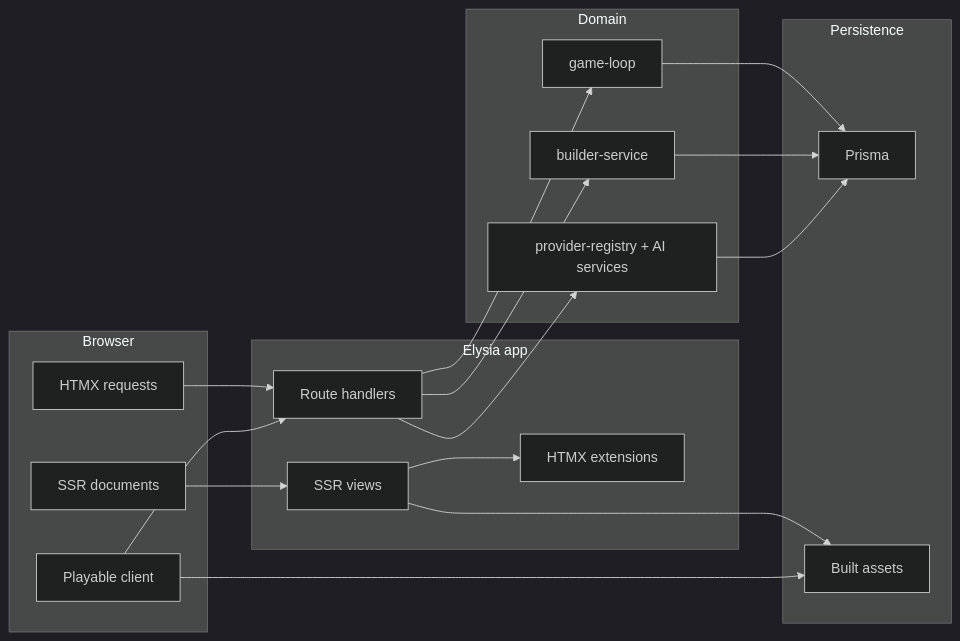
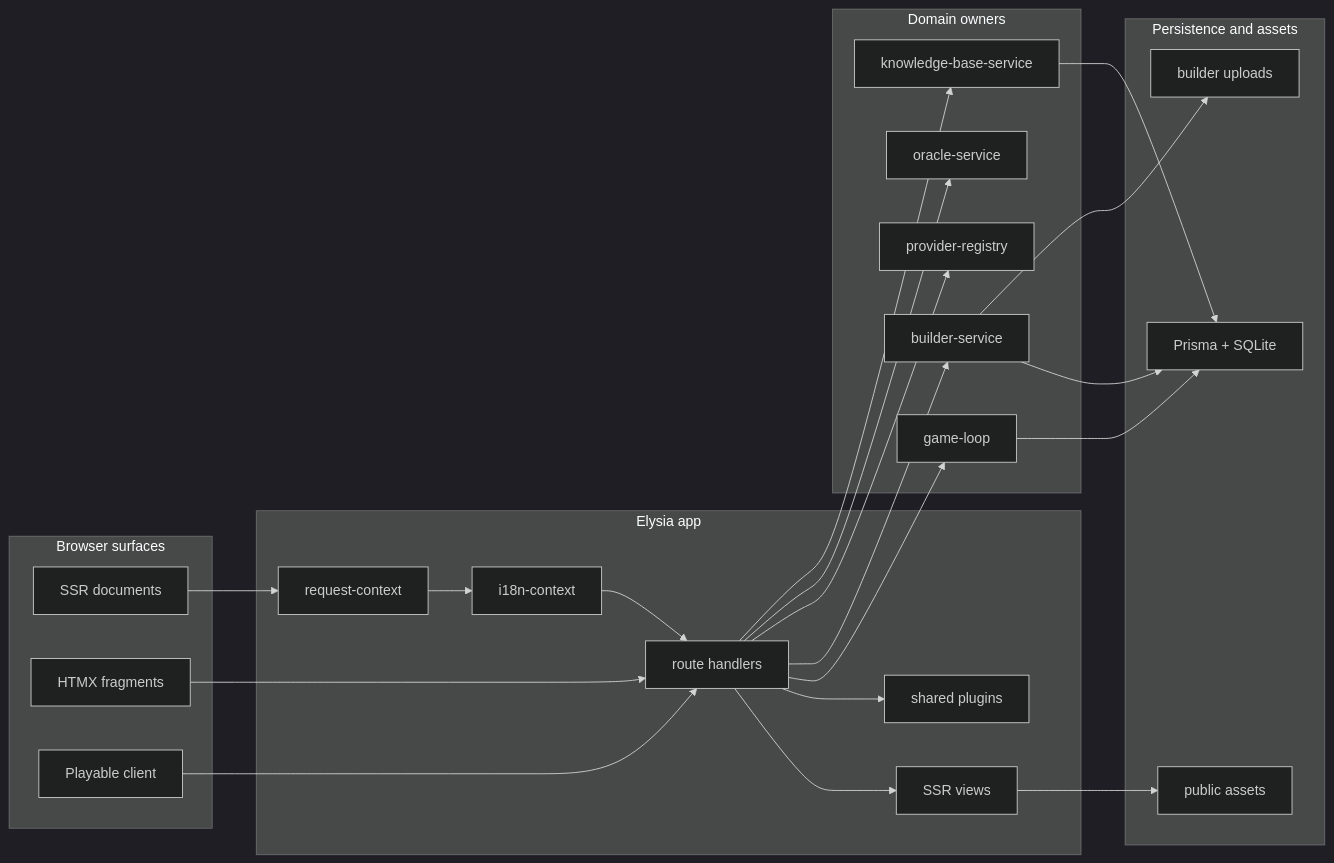
Before and after one commit to d4551/tea: the first of 4 diagrams in README.md, drawn with Mermaid (dark theme). The commit also changed other lines of this file and 2 other files, not shown here.

````diff
--- a/README.md
+++ b/README.md
@@ -30,38 +38,48 @@
 ```mermaid
 flowchart LR
-  subgraph Browser["Browser"]
-    Doc["SSR documents"]
-    Htmx["HTMX requests"]
-    Game["Playable client"]
+  subgraph Browser["Browser surfaces"]
+    SSR["SSR documents"]
+    HTMX["HTMX fragments"]
+    Runtime["Playable client"]
   end
 
-  subgraph App["Elysia app"]
+  subgraph Server["Elysia app"]
+    Request["request-context"]
+    I18n["i18n-context"]
+    Routes["route handlers"]
     Views["SSR views"]
-    Routes["Route handlers"]
-    Ext["HTMX extensions"]
+    Plugins["shared plugins"]
   end
 
-  subgraph Domain["Domain"]
-    Loop["game-loop"]
+  subgraph Domain["Domain owners"]
+    Game["game-loop"]
     Builder["builder-service"]
-    AI["provider-registry + AI services"]
+    AI["provider-registry"]
+    Oracle["oracle-service"]
+    Knowledge["knowledge-base-service"]
   end
 
-  subgraph Data["Persistence"]
-    Prisma["Prisma"]
-    Assets["Built assets"]
+  subgraph Data["Persistence and assets"]
+    Prisma["Prisma + SQLite"]
+    Public["public assets"]
+    Uploads["builder uploads"]
   end
 
-  Doc --> Views
-  Htmx --> Routes
-  Game --> Routes
-  Views --> Ext
-  Routes --> Loop
+  SSR --> Request
+  HTMX --> Routes
+  Runtime --> Routes
+  Request --> I18n
+  I18n --> Routes
+  Routes --> Views
+  Routes --> Plugins
+  Routes --> Game
   Routes --> Builder
   Routes --> AI
-  Loop --> Prisma
+  Routes --> Oracle
+  Routes --> Knowledge
+  Game --> Prisma
   Builder --> Prisma
-  AI --> Prisma
-  Views --> Assets
-  Game --> Assets
+  Knowledge --> Prisma
+  Views --> Public
+  Builder --> Uploads
 ```
````
